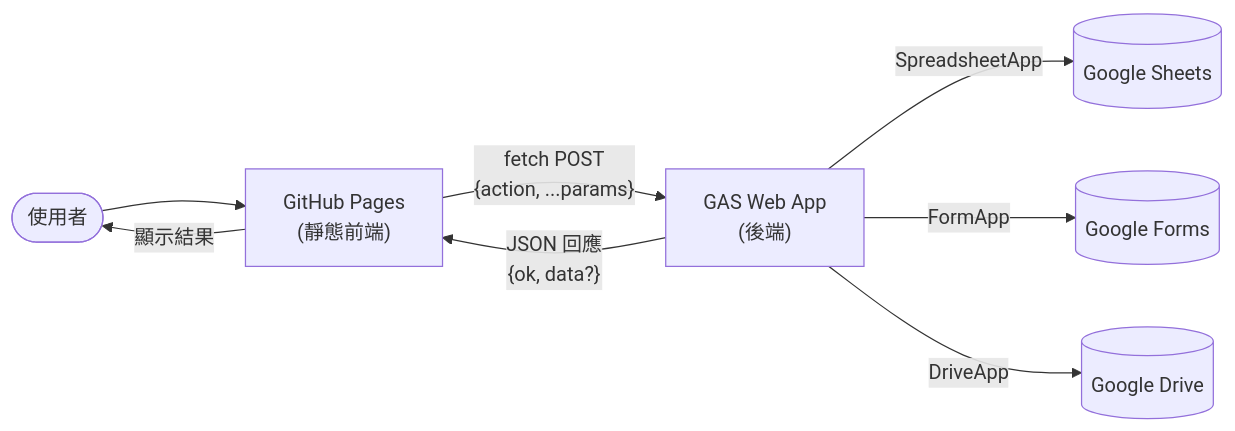
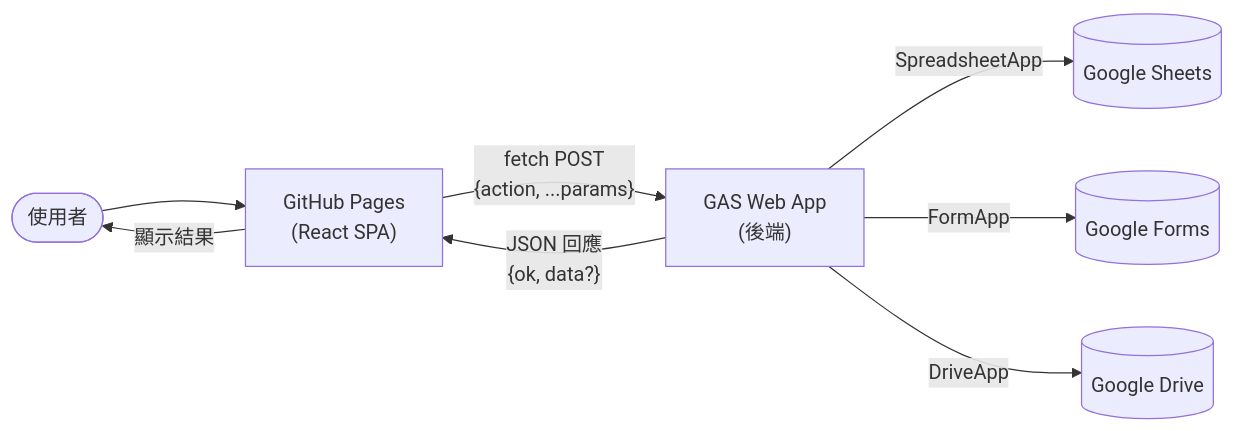
One commit to Mcc-Mak/google-form-generator changed the first of 3 diagrams in docbase/Architecture.md. Above: the diagram before and after it, drawn with Mermaid. The commit also changed other lines of this file and 25 other files, not shown here.

````diff
--- a/docbase/Architecture.md
+++ b/docbase/Architecture.md
@@ -34,10 +34,10 @@
 ```mermaid
 flowchart LR
-    User([使用者]) --> Frontend["GitHub Pages\n(靜態前端)"]
+    User([使用者]) -->     Frontend["GitHub Pages\n(React SPA)"]
     Frontend -->|"fetch POST\n{action, ...params}"| GAS["GAS Web App\n(後端)"]
     GAS -->|"SpreadsheetApp"| Sheets[(Google Sheets)]
     GAS -->|"FormApp"| Forms[(Google Forms)]
     GAS -->|"DriveApp"| Drive[(Google Drive)]
     GAS -->|"JSON 回應\n{ok, data?}"| Frontend
     Frontend -->|"顯示結果"| User
 ```
````
